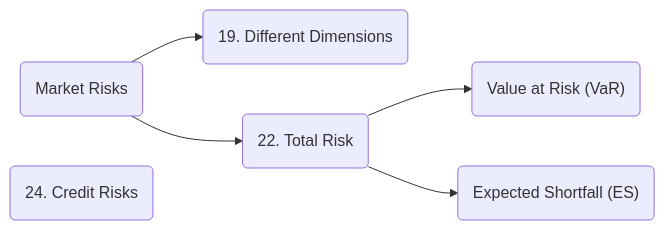
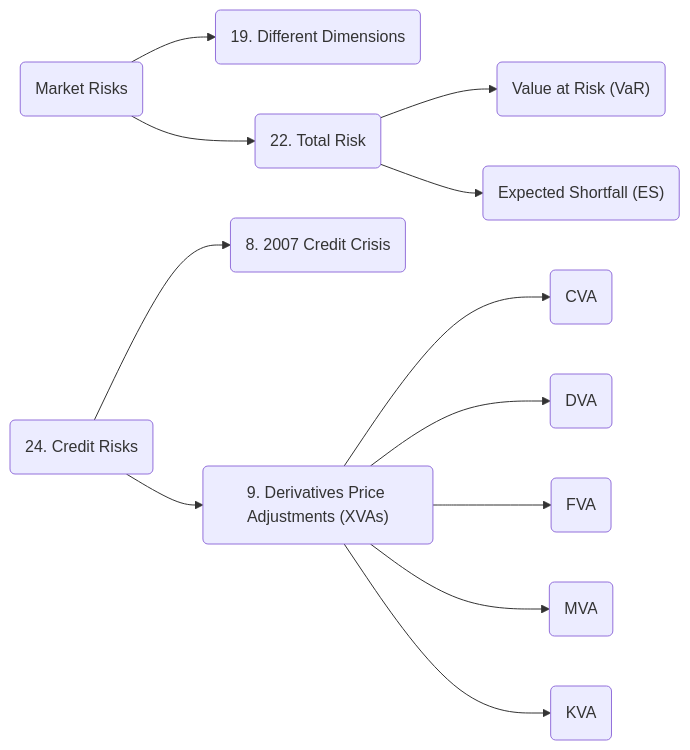
Before and after one commit to govindthange/notes: the fourth of 5 diagrams in moc/1_OptionsFuturesAndOtherDerivatives_SankarshanBasu_JohnHull_ed10_2018.md, drawn with Mermaid. The commit also changed other lines of this file, not shown here.

Commit message:
Relinked valuation process of derivatives

````diff
--- a/moc/1_OptionsFuturesAndOtherDerivatives_SankarshanBasu_JohnHull_ed10_2018.md
+++ b/moc/1_OptionsFuturesAndOtherDerivatives_SankarshanBasu_JohnHull_ed10_2018.md
@@ -133,9 +145,16 @@
 ```mermaid
 graph LR;
 	r(Market Risks)
 	r-->r_d(19. Different Dimensions)
 	r-->r_tr(22. Total Risk)
 		r_tr-->rtr_var("Value at Risk (VaR)")
 		r_tr-->rtr_es("Expected Shortfall (ES)")
 	r_cr(24. Credit Risks)
+		r_cr-->rcr_cc2007(8. 2007 Credit Crisis)
+		r_cr-->rcr_pa("9. Derivatives Price Adjustments (XVAs)")
+			rcr_pa-->rcrpa_cva(CVA)
+			rcr_pa-->rcrpa_dva(DVA)
+			rcr_pa-->rcrpa_fva(FVA)
+			rcr_pa-->rcrpa_mva(MVA)
+			rcr_pa-->rcrpa_kva(KVA)
 ```
````
